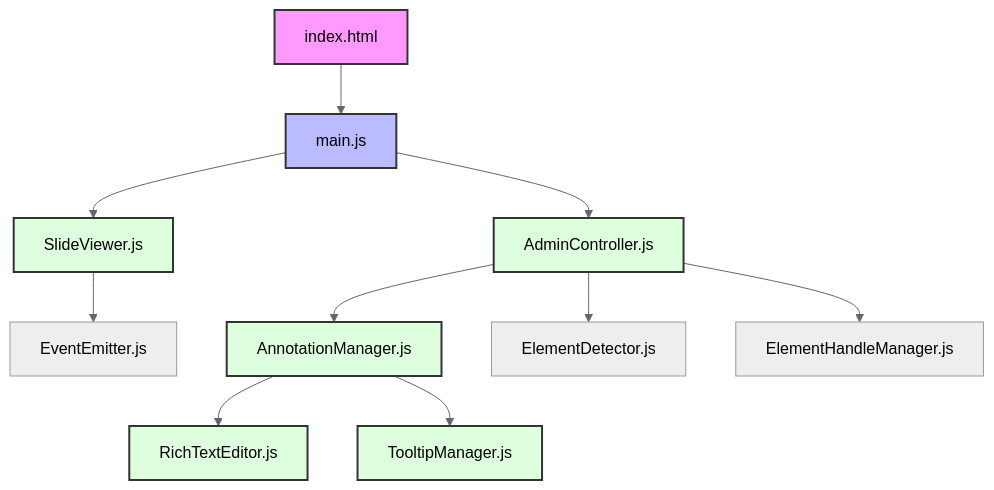
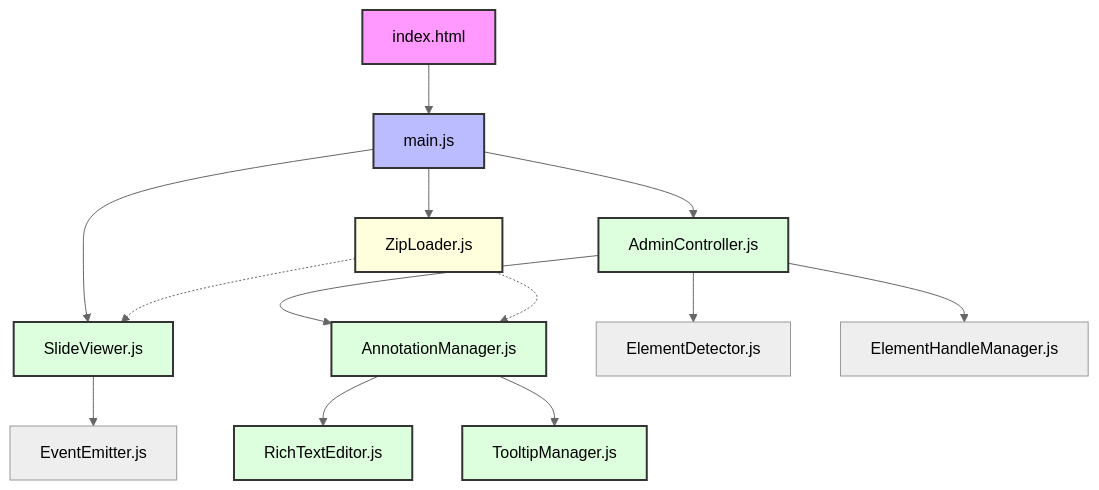
One commit to lucasjellema/slide-viewer changed the first of 3 diagrams in Architecture.md. Above: the diagram before and after it, drawn with Mermaid (neutral theme). The commit also changed other lines of this file and 7 other files, not shown here.

````diff
--- a/Architecture.md
+++ b/Architecture.md
@@ -9,20 +9,24 @@
 ```mermaid
 graph TD
     A[index.html] --> B[main.js]
     B --> C[SlideViewer.js]
     B --> D[AdminController.js]
+    B --> K[ZipLoader.js]
     D --> E[AnnotationManager.js]
     E --> F[RichTextEditor.js]
     E --> G[TooltipManager.js]
     C --> H[EventEmitter.js]
     D --> I[ElementDetector.js]
     D --> J[ElementHandleManager.js]
+    K -.-> C
+    K -.-> E
     
     style A fill:#f9f,stroke:#333,stroke-width:2px
     style B fill:#bbf,stroke:#333,stroke-width:2px
     style C fill:#dfd,stroke:#333,stroke-width:2px
     style D fill:#dfd,stroke:#333,stroke-width:2px
     style E fill:#dfd,stroke:#333,stroke-width:2px
     style F fill:#dfd,stroke:#333,stroke-width:2px
     style G fill:#dfd,stroke:#333,stroke-width:2px
+    style K fill:#ffd,stroke:#333,stroke-width:2px
 ```
````
